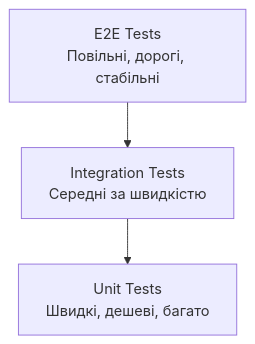
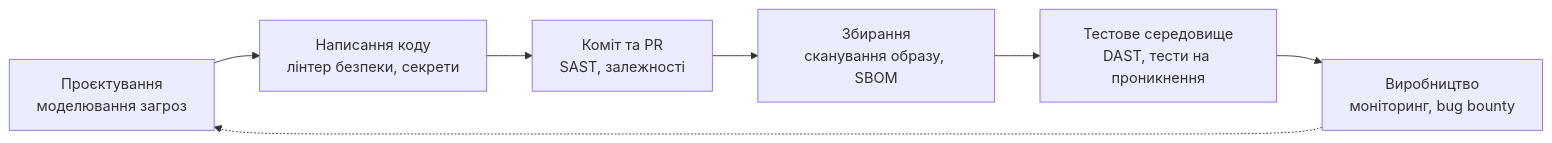
Before and after one commit to olroi421/course-web: the first of 4 diagrams in presentations/presentation-16.md, drawn with Mermaid. The commit also changed other lines of this file and 30 other files, not shown here.

````diff
--- a/presentations/presentation-16.md
+++ b/presentations/presentation-16.md
@@ -34,5 +452,9 @@
 ```mermaid
-graph TB
-    A[E2E Tests<br/>Повільні, дорогі, стабільні] --> B[Integration Tests<br/>Середні за швидкістю]
-    B --> C[Unit Tests<br/>Швидкі, дешеві, багато]
+graph LR
+    A[Проєктування<br/>моделювання загроз] --> B[Написання коду<br/>лінтер безпеки, секрети]
+    B --> C[Коміт та PR<br/>SAST, залежності]
+    C --> D[Збирання<br/>сканування образу, SBOM]
+    D --> E[Тестове середовище<br/>DAST, тести на проникнення]
+    E --> F[Виробництво<br/>моніторинг, bug bounty]
+    F -.-> A
 ```
````
